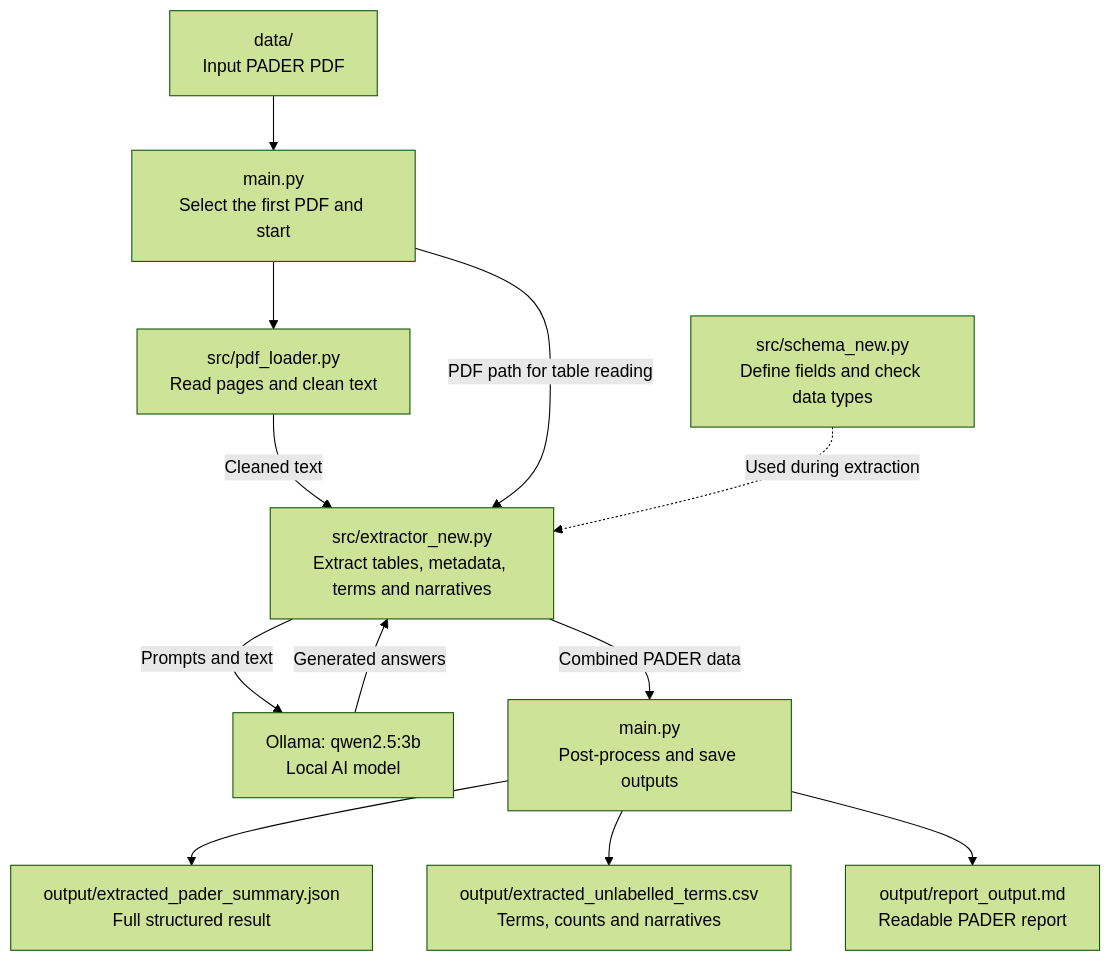
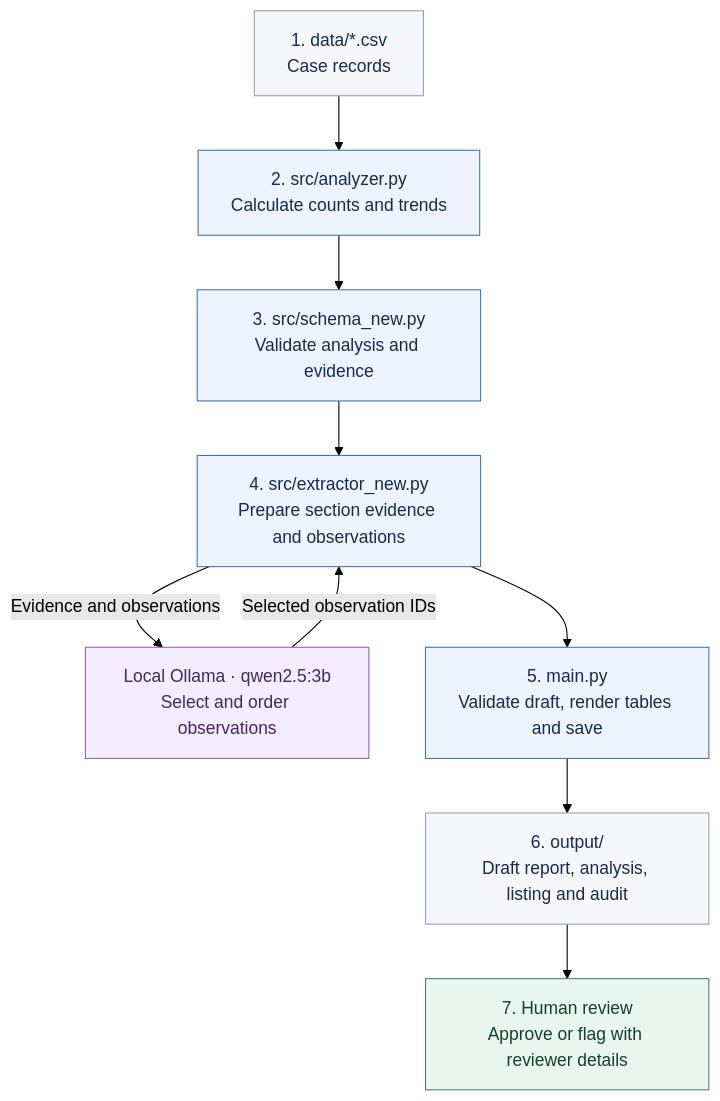
One commit to snahanku/PADER changed the diagram in architecture/architecture.md. Above: the diagram before and after it, drawn with Mermaid (forest theme). The commit also changed other lines of this file and 17 other files, not shown here.

First line of the commit message:
Build CSV-based PADER workflow with Qwen and traceable reports

````diff
--- a/architecture/architecture.md
+++ b/architecture/architecture.md
@@ -8,14 +16,20 @@
 ```mermaid
 flowchart TD
-    A["data/<br/>Input PADER PDF"] --> B["main.py<br/>Select the first PDF and start"]
-    B --> C["src/pdf_loader.py<br/>Read pages and clean text"]
-    C -->|Cleaned text| D["src/extractor_new.py<br/>Extract tables, metadata, terms and narratives"]
-    B -->|PDF path for table reading| D
-    D -->|Prompts and text| E["Ollama: qwen2.5:3b<br/>Local AI model"]
-    E -->|Generated answers| D
-    S["src/schema_new.py<br/>Define fields and check data types"] -.->|Used during extraction| D
-    D -->|Combined PADER data| F["main.py<br/>Post-process and save outputs"]
-    F --> G["output/extracted_pader_summary.json<br/>Full structured result"]
-    F --> H["output/extracted_unlabelled_terms.csv<br/>Terms, counts and narratives"]
-    F --> I["output/report_output.md<br/>Readable PADER report"]
+    A["1. data/*.csv<br/>Case records"] --> B["2. src/analyzer.py<br/>Calculate counts and trends"]
+    B --> C["3. src/schema_new.py<br/>Validate analysis and evidence"]
+    C --> D["4. src/extractor_new.py<br/>Prepare section evidence and observations"]
+    D -->|Evidence and observations| Q["Local Ollama · qwen2.5:3b<br/>Select and order observations"]
+    Q -->|Selected observation IDs| D
+    D --> E["5. main.py<br/>Validate draft, render tables and save"]
+    E --> F["6. output/<br/>Draft report, analysis, listing and audit"]
+    F --> H["7. Human review<br/>Approve or flag with reviewer details"]
+
+    classDef python fill:#edf4ff,stroke:#4774ad,color:#172b4d;
+    classDef model fill:#f3edff,stroke:#8a68b4,color:#442861;
+    classDef artifact fill:#f5f7fa,stroke:#94a3b8,color:#172b4d;
+    classDef human fill:#e9f6ef,stroke:#49846b,color:#173f2d;
+    class B,C,D,E python;
+    class Q model;
+    class A,F artifact;
+    class H human;
 ```
````
